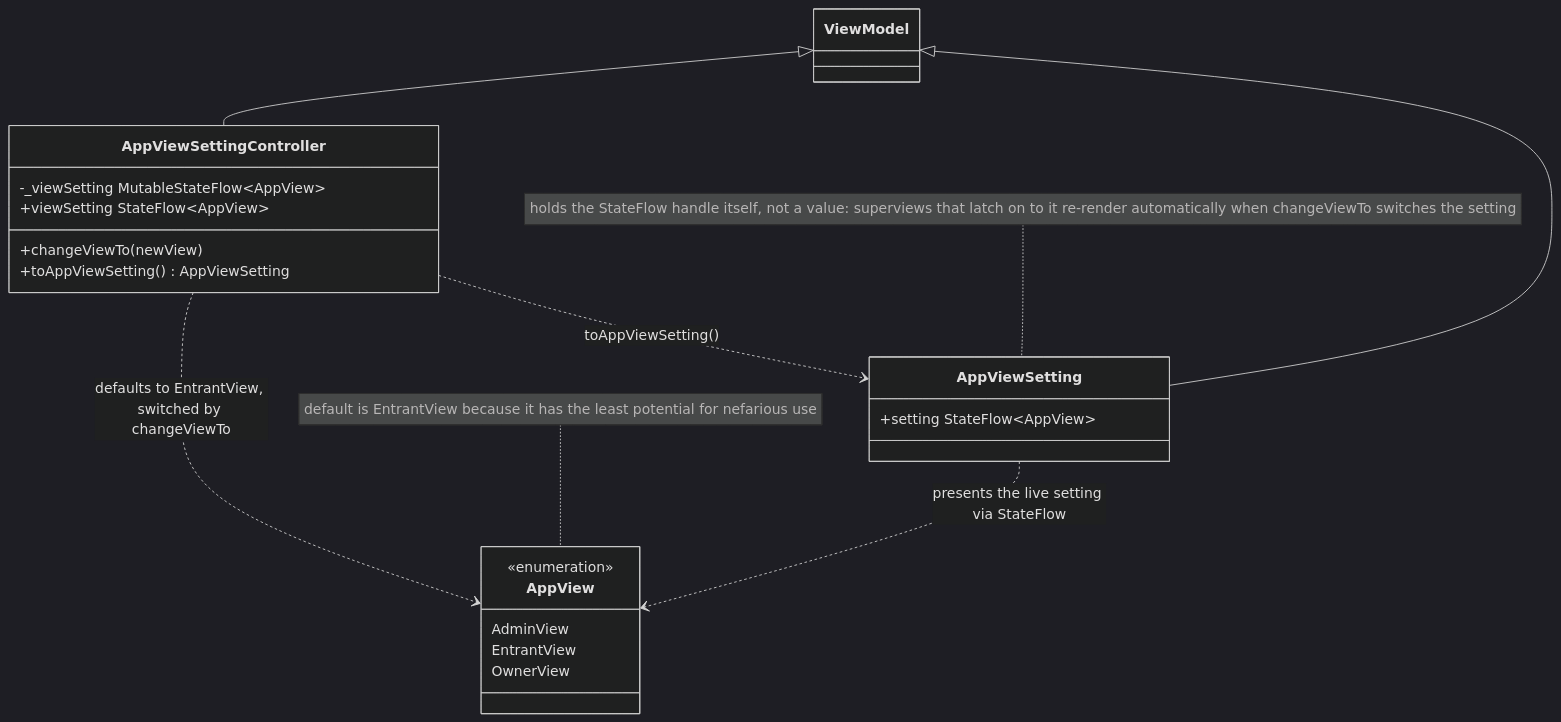
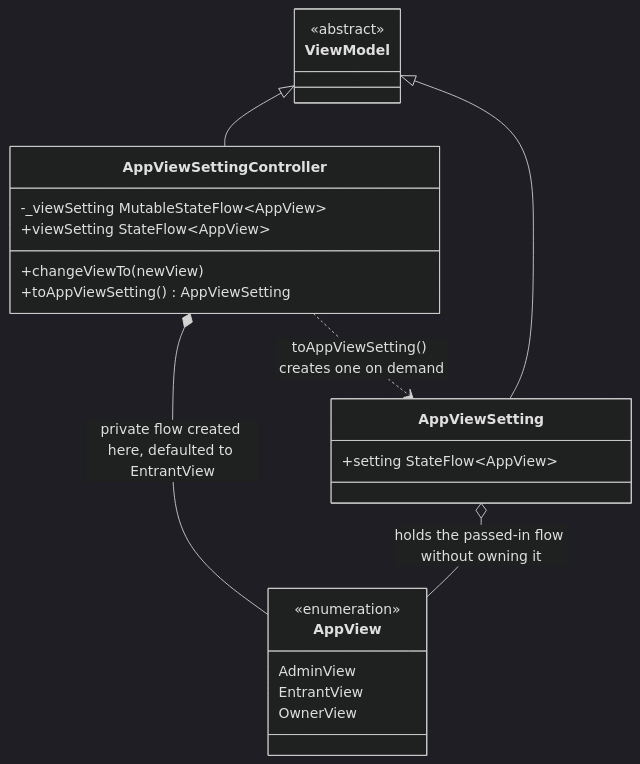
Before and after one commit to Quaser301/quasar-flow: the diagram in documentation/AppSettings.md, drawn with Mermaid (dark theme). The commit also changed other lines of this file and 2 other files, not shown here.

Commit message:
Redrew documentation diagrams in strict UML relation notation

````diff
--- a/documentation/AppSettings.md
+++ b/documentation/AppSettings.md
@@ -7,32 +7,29 @@
 ```mermaid
 classDiagram
-    class ViewModel
+    class ViewModel <<abstract>>
 
     class AppView {
         <<enumeration>>
         AdminView
         EntrantView
         OwnerView
     }
 
     class AppViewSettingController {
         -_viewSetting MutableStateFlow~AppView~
         +viewSetting StateFlow~AppView~
         +changeViewTo(newView)
         +toAppViewSetting() AppViewSetting
     }
 
     class AppViewSetting {
         +setting StateFlow~AppView~
     }
 
     ViewModel <|-- AppViewSettingController
     ViewModel <|-- AppViewSetting
 
-    AppViewSettingController ..> AppView : defaults to EntrantView, switched by changeViewTo
-    AppViewSettingController ..> AppViewSetting : toAppViewSetting()
-    AppViewSetting ..> AppView : presents the live setting via StateFlow
-
-    note for AppViewSetting "holds the StateFlow handle itself, not a value: superviews that latch on to it re-render automatically when changeViewTo switches the setting"
-    note for AppView "default is EntrantView because it has the least potential for nefarious use"
+    AppViewSettingController *-- AppView : private flow created here, defaulted to EntrantView
+    AppViewSetting o-- AppView : holds the passed-in flow without owning it
+    AppViewSettingController ..> AppViewSetting : toAppViewSetting() creates one on demand
 ```
````
